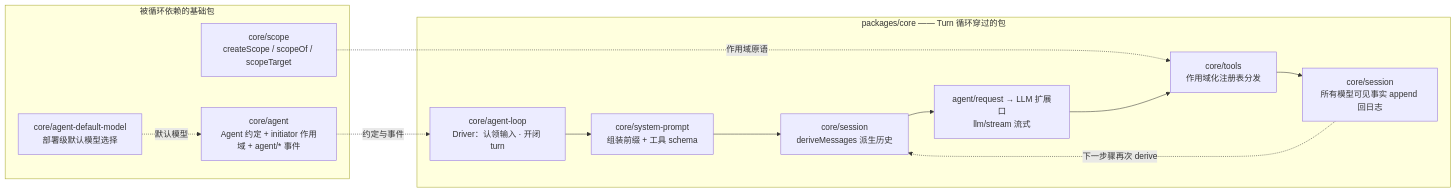
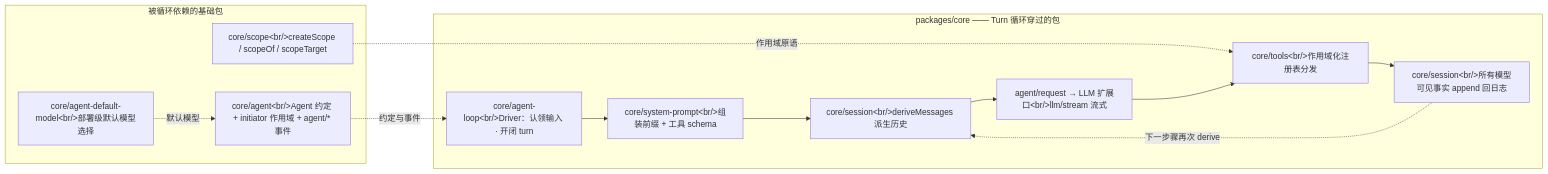
The first of 9 diagrams in docs/report/02-architecture.md (ZZKeepCurious/mini-deepseek-harness-python), drawn with Mermaid before and after one commit. The commit also changed other lines of this file and 27 other files, not shown here.

````diff
--- a/docs/report/02-architecture.md
+++ b/docs/report/02-architecture.md
@@ -32,21 +32,21 @@
 ```mermaid
 flowchart LR
   subgraph SPINE["packages/core —— Turn 循环穿过的包"]
-    LOOP["core/agent-loop<br/>Driver：认领输入 · 开闭 turn"]
-    PRE["core/system-prompt<br/>组装前缀 + 工具 schema"]
-    DER["core/session<br/>deriveMessages 派生历史"]
-    LLMSEAM["agent/request → LLM 扩展口<br/>llm/stream 流式"]
-    TOOLSEAM["core/tools<br/>作用域化注册表分发"]
-    LOG["core/session<br/>所有模型可见事实 append 回日志"]
+    LOOP["core/agent-loop&lt;br/&gt;Driver：认领输入 · 开闭 turn"]
+    PRE["core/system-prompt&lt;br/&gt;组装前缀 + 工具 schema"]
+    DER["core/session&lt;br/&gt;deriveMessages 派生历史"]
+    LLMSEAM["agent/request → LLM 扩展口&lt;br/&gt;llm/stream 流式"]
+    TOOLSEAM["core/tools&lt;br/&gt;作用域化注册表分发"]
+    LOG["core/session&lt;br/&gt;所有模型可见事实 append 回日志"]
   end
   subgraph BASE["被循环依赖的基础包"]
-    SCP["core/scope<br/>createScope / scopeOf / scopeTarget"]
-    AG["core/agent<br/>Agent 约定 + initiator 作用域 + agent/* 事件"]
-    DM["core/agent-default-model<br/>部署级默认模型选择"]
+    SCP["core/scope&lt;br/&gt;createScope / scopeOf / scopeTarget"]
+    AG["core/agent&lt;br/&gt;Agent 约定 + initiator 作用域 + agent/* 事件"]
+    DM["core/agent-default-model&lt;br/&gt;部署级默认模型选择"]
   end
   LOOP --> PRE --> DER --> LLMSEAM --> TOOLSEAM --> LOG
   LOG -.下一步骤再次 derive.-> DER
   SCP -.作用域原语.-> TOOLSEAM
   AG -.约定与事件.-> LOOP
   DM -.默认模型.-> AG
 ```
````
